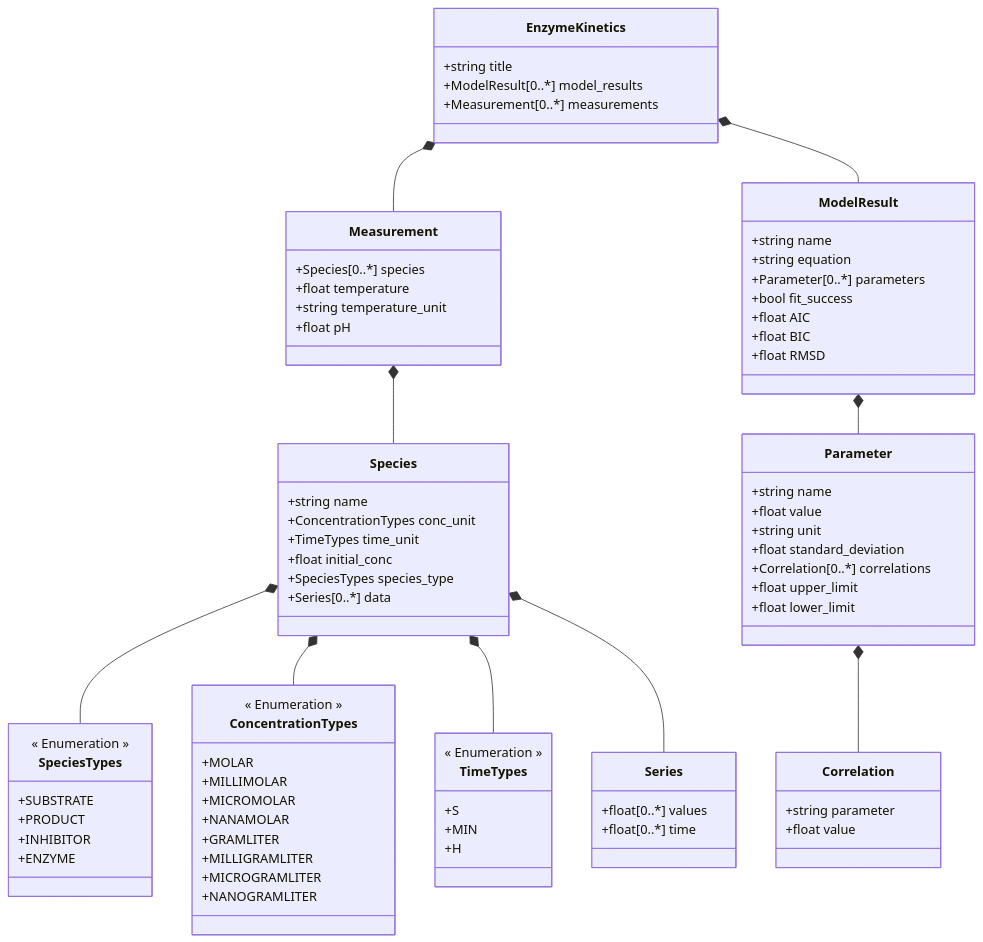
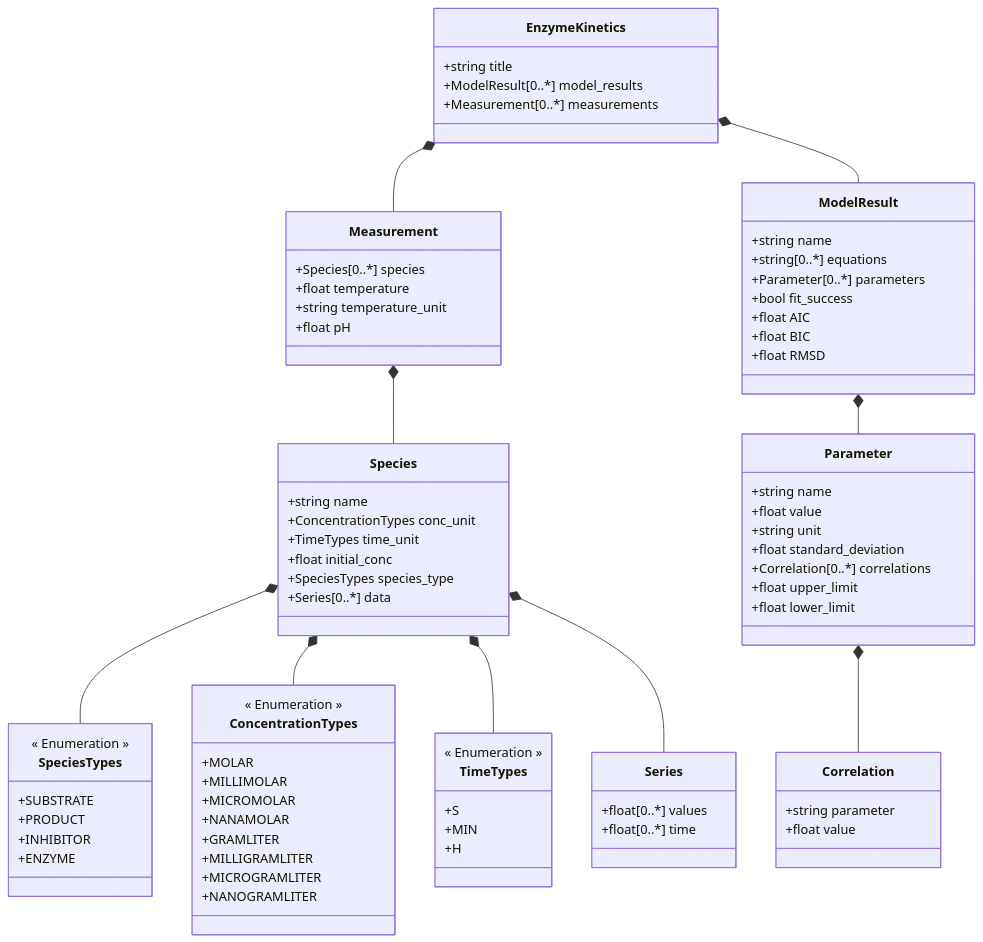
The diagram in EnzymePynetics/schemes/enzymepynetics_schema.md (FAIRChemistry/EnzymePynetics), drawn with Mermaid before and after one commit. The commit also changed 8 other files, not shown here.

```diff
--- a/EnzymePynetics/schemes/enzymepynetics_schema.md
+++ b/EnzymePynetics/schemes/enzymepynetics_schema.md
@@ -34,7 +34,7 @@
     
     class ModelResult {
         +string name
-        +string equation
+        +string[0..*] equations
         +Parameter[0..*] parameters
         +bool fit_success
         +float AIC
```
